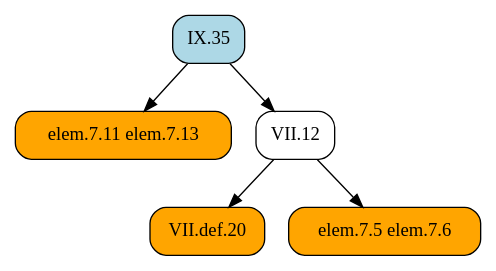
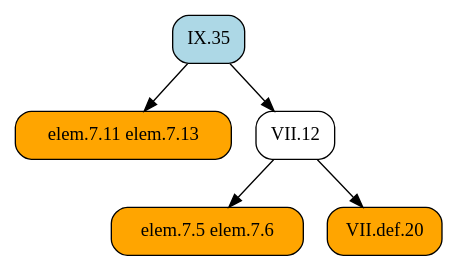
One commit to geometor/elements changed the diagram in docsrc/heath/IX/35/index.rst. Above: the diagram before and after it, drawn with Graphviz. The commit also changed other lines of this file and 1029 other files, not shown here.

```diff
--- a/docsrc/heath/IX/35/index.rst
+++ b/docsrc/heath/IX/35/index.rst
@@ -38,15 +38,15 @@
 .. graphviz::
 
    digraph {
      rankdir="TB";
      node [shape=box, style=rounded];
+     "elem.7.5 elem.7.6" [style="rounded,filled", fillcolor=orange];
+     "IX.35" [style="rounded,filled", fillcolor=lightblue, URL="/heath/IX/35/", target="_top"];
+     "elem.7.11 elem.7.13" [style="rounded,filled", fillcolor=orange];
      "VII.def.20" [style="rounded,filled", fillcolor=orange, URL="/heath/VII/def.20/", target="_top"];
-     "elem.7.5 elem.7.6" [style="rounded,filled", fillcolor=orange];
-     "elem.7.11 elem.7.13" [style="rounded,filled", fillcolor=orange];
      "VII.12" [URL="/heath/VII/12/", target="_top"];
-     "IX.35" [style="rounded,filled", fillcolor=lightblue, URL="/heath/IX/35/", target="_top"];
-     "VII.12" -> "VII.def.20";
      "VII.12" -> "elem.7.5 elem.7.6";
      "IX.35" -> "elem.7.11 elem.7.13";
+     "VII.12" -> "VII.def.20";
      "IX.35" -> "VII.12";
    }
```
